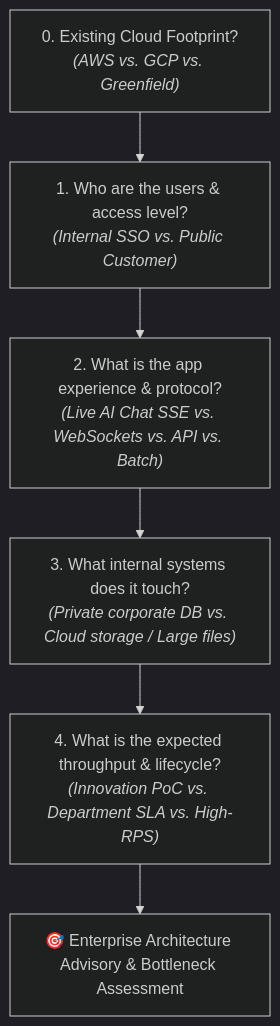
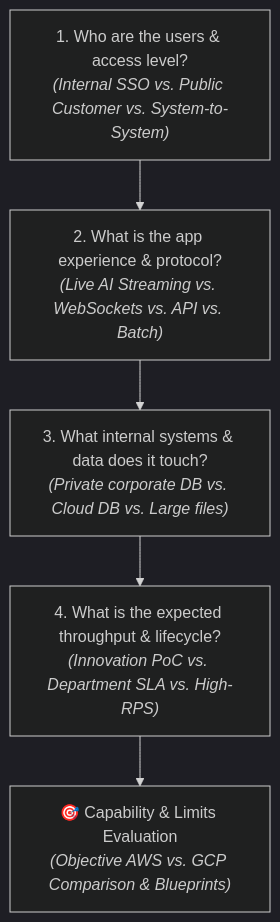
One commit to xirago/serverless-architect changed the diagram in SKILL.md. Above: the diagram before and after it, drawn with Mermaid (dark theme). The commit also changed other lines of this file and 3 other files, not shown here.

Commit message:
feat: refine serverless-architect skill for vendor-neutral capability-based decision making

````diff
--- a/SKILL.md
+++ b/SKILL.md
@@ -49,8 +50,7 @@
 ```mermaid
 flowchart TD
-    Q0["0. Existing Cloud Footprint?<br/><i>(AWS vs. GCP vs. Greenfield)</i>"] --> Q1["1. Who are the users & access level?<br/><i>(Internal SSO vs. Public Customer)</i>"]
-    Q1 --> Q2["2. What is the app experience & protocol?<br/><i>(Live AI Chat SSE vs. WebSockets vs. API vs. Batch)</i>"]
-    Q2 --> Q3["3. What internal systems does it touch?<br/><i>(Private corporate DB vs. Cloud storage / Large files)</i>"]
+    Q1["1. Who are the users & access level?<br/><i>(Internal SSO vs. Public Customer vs. System-to-System)</i>"] --> Q2["2. What is the app experience & protocol?<br/><i>(Live AI Streaming vs. WebSockets vs. API vs. Batch)</i>"]
+    Q2 --> Q3["3. What internal systems & data does it touch?<br/><i>(Private corporate DB vs. Cloud DB vs. Large files)</i>"]
     Q3 --> Q4["4. What is the expected throughput & lifecycle?<br/><i>(Innovation PoC vs. Department SLA vs. High-RPS)</i>"]
-    Q4 --> Rec["🎯 Enterprise Architecture Advisory & Bottleneck Assessment"]
+    Q4 --> Rec["🎯 Capability & Limits Evaluation<br/><i>(Objective AWS vs. GCP Comparison & Blueprints)</i>"]
 ```
````
